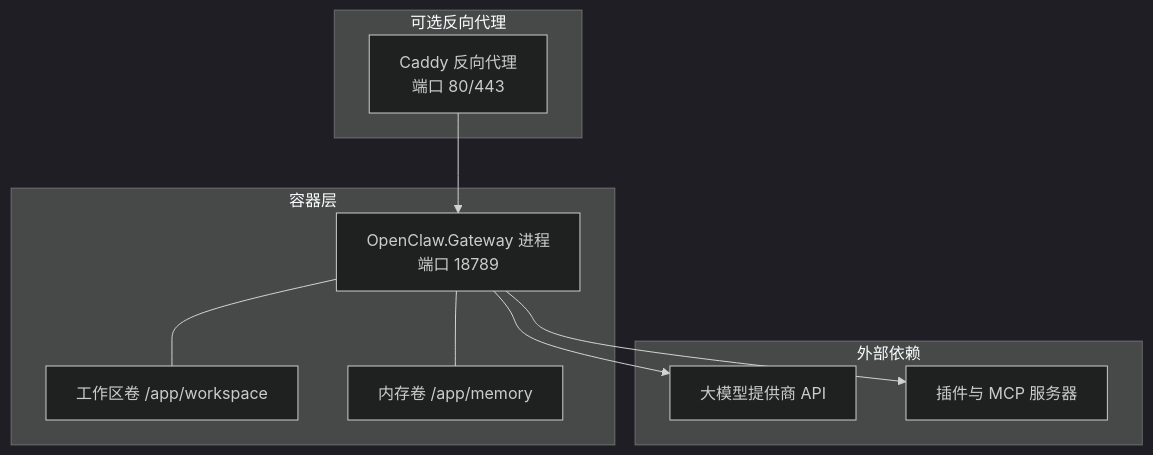
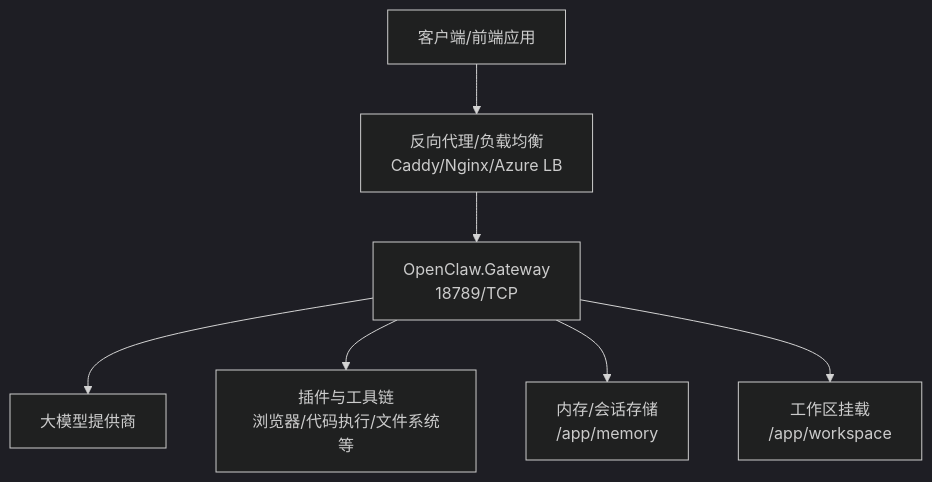
One commit to wayyet/kingcrab changed the second of 5 diagrams in .qoder/repowiki/zh/content/部署指南/部署指南.md. Above: the diagram before and after it, drawn with Mermaid (dark theme). The commit also changed other lines of this file and 173 other files, not shown here.

````diff
--- a/.qoder/repowiki/zh/content/部署指南/部署指南.md
+++ b/.qoder/repowiki/zh/content/部署指南/部署指南.md
@@ -40,20 +117,9 @@
 ```mermaid
 graph TB
-subgraph "容器层"
-gw["OpenClaw.Gateway 进程<br/>端口 18789"]
-ws["工作区卷 /app/workspace"]
-mem["内存卷 /app/memory"]
-end
-subgraph "可选反向代理"
-caddy["Caddy 反向代理<br/>端口 80/443"]
-end
-subgraph "外部依赖"
-llm["大模型提供商 API"]
-plugins["插件与 MCP 服务器"]
-end
-caddy --> gw
-gw --> llm
-gw --> plugins
-gw --- ws
-gw --- mem
+Client["客户端/前端应用"] --> RP["反向代理/负载均衡<br/>Caddy/Nginx/Azure LB"]
+RP --> GW["OpenClaw.Gateway<br/>18789/TCP"]
+GW --> LLM["大模型提供商"]
+GW --> PLG["插件与工具链<br/>浏览器/代码执行/文件系统等"]
+GW --> MEM["内存/会话存储<br/>/app/memory"]
+GW --> WS["工作区挂载<br/>/app/workspace"]
 ```
````
